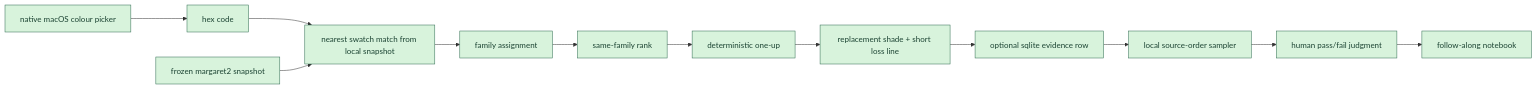
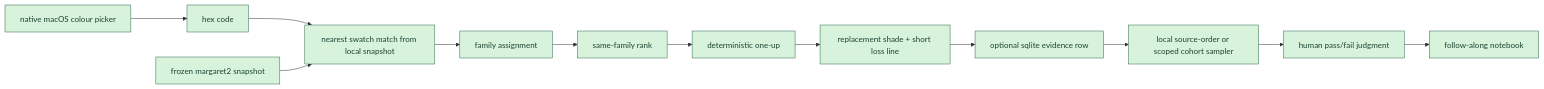
Before and after one commit to tryskian/huemiliator: the diagram in docs/diagrams/PIPELINE.md, drawn with Mermaid. The commit also changed 17 other files, not shown here.

````diff
--- a/docs/diagrams/PIPELINE.md
+++ b/docs/diagrams/PIPELINE.md
@@ -9,23 +9,23 @@
 ```mermaid
 flowchart LR
   A["native macOS colour picker"]
   B["hex code"]
   S["frozen margaret2 snapshot"]
   C["nearest swatch match from local snapshot"]
   D["family assignment"]
   E["same-family rank"]
   F["deterministic one-up"]
   G["replacement shade + short loss line"]
   H["optional sqlite evidence row"]
-  I["local source-order sampler"]
+  I["local source-order or scoped cohort sampler"]
   J["human pass/fail judgment"]
   K["follow-along notebook"]
 
   A --> B --> C --> D --> E --> F --> G
   G --> H --> I --> J --> K
   S --> C
 
   classDef implemented fill:#d8f3dc,stroke:#2d6a4f,color:#1b4332
   classDef pending fill:#f3f4f6,stroke:#9ca3af,color:#374151
   class A,B,S,C,D,E,F,G,H,I,J,K implemented
 ```
````
